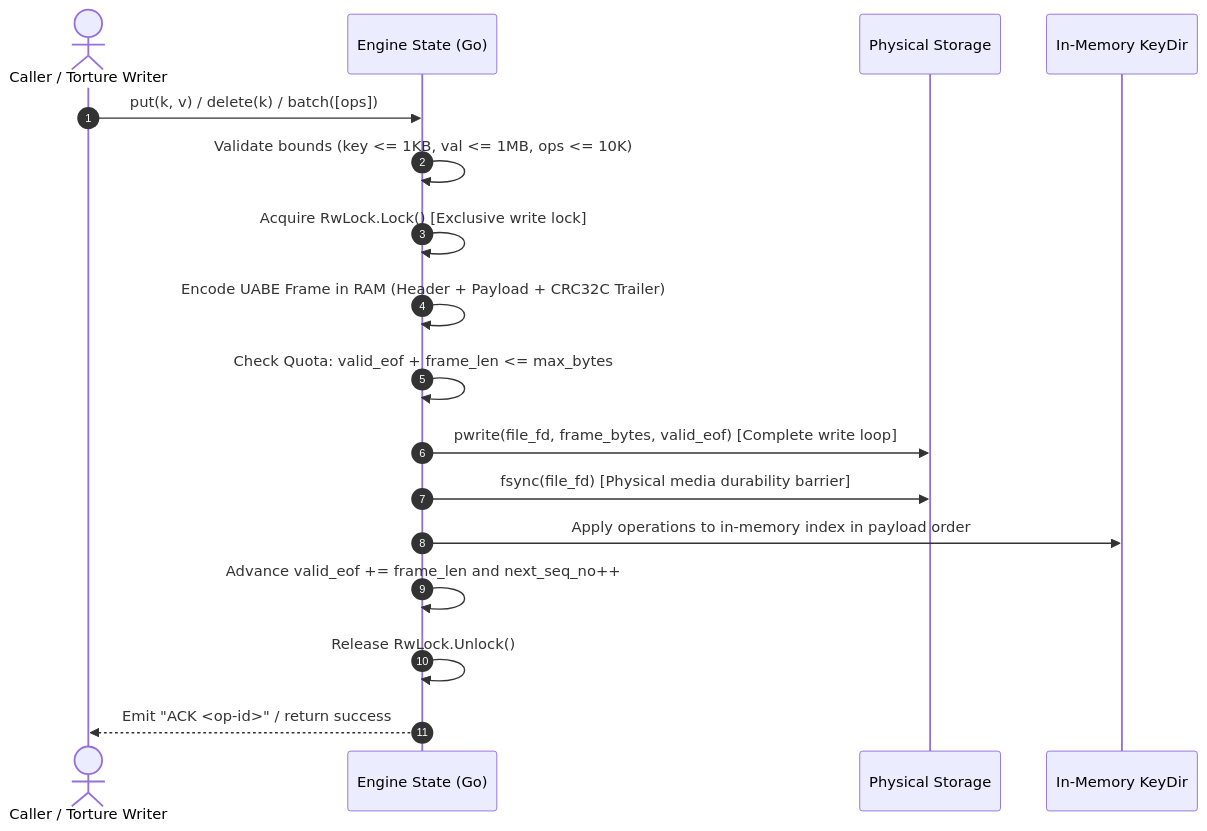
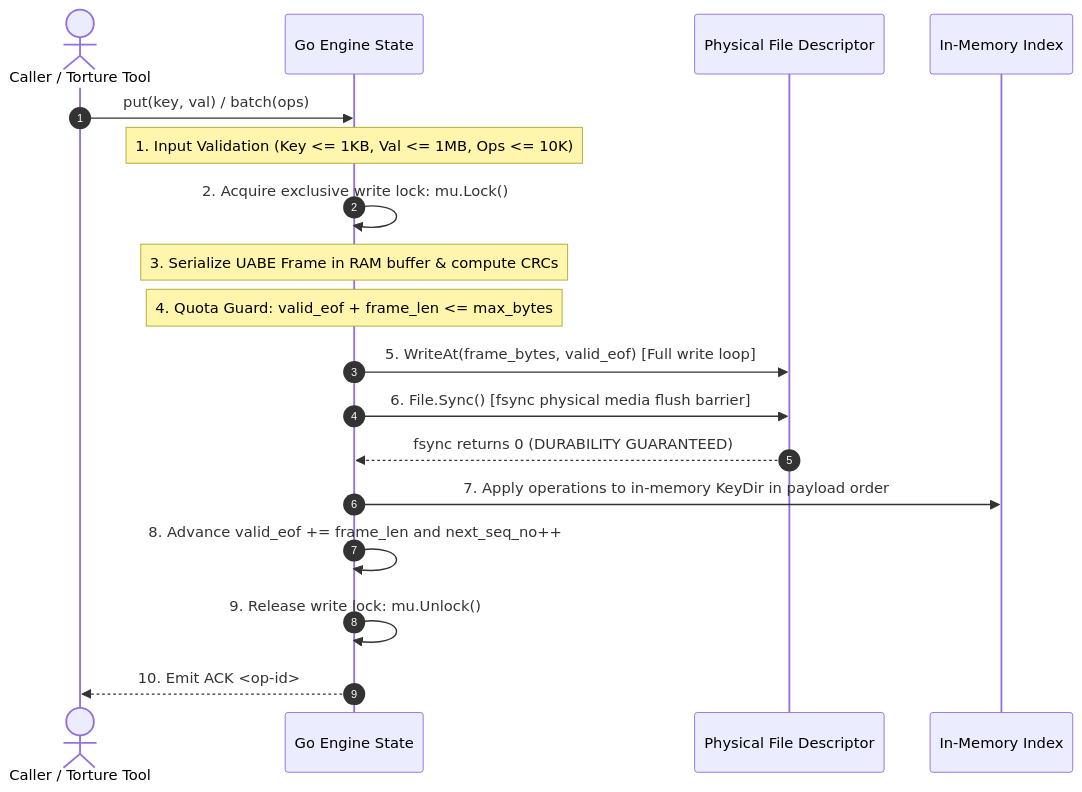
The third of 4 diagrams in ARCHITECTURE.md (LYK-02/HashCode), drawn with Mermaid before and after one commit. The commit also changed other lines of this file and 9 other files, not shown here.

Commit message:
docs(architecture): partition into HLA and LLA with simple inline diagrams

````diff
--- a/ARCHITECTURE.md
+++ b/ARCHITECTURE.md
@@ -103,20 +215,21 @@
 ```mermaid
 sequenceDiagram
     autonumber
-    actor Client as Caller / Torture Writer
-    participant Engine as Engine State (Go)
-    participant Disk as Physical Storage
-    participant KeyDir as In-Memory KeyDir
+    actor Client as Caller / Torture Tool
+    participant Engine as Go Engine State
+    participant Disk as Physical File Descriptor
+    participant KeyDir as In-Memory Index
 
-    Client->>Engine: put(k, v) / delete(k) / batch([ops])
-    Engine->>Engine: Validate bounds (key <= 1KB, val <= 1MB, ops <= 10K)
-    Engine->>Engine: Acquire RwLock.Lock() [Exclusive write lock]
-    Engine->>Engine: Encode UABE Frame in RAM (Header + Payload + CRC32C Trailer)
-    Engine->>Engine: Check Quota: valid_eof + frame_len <= max_bytes
-    Engine->>Disk: pwrite(file_fd, frame_bytes, valid_eof) [Complete write loop]
-    Engine->>Disk: fsync(file_fd) [Physical media durability barrier]
-    Engine->>KeyDir: Apply operations to in-memory index in payload order
-    Engine->>Engine: Advance valid_eof += frame_len and next_seq_no++
-    Engine->>Engine: Release RwLock.Unlock()
-    Engine-->>Client: Emit "ACK <op-id>" / return success
+    Client->>Engine: put(key, val) / batch(ops)
+    Note over Engine: 1. Input Validation (Key <= 1KB, Val <= 1MB, Ops <= 10K)
+    Engine->>Engine: 2. Acquire exclusive write lock: mu.Lock()
+    Note over Engine: 3. Serialize UABE Frame in RAM buffer & compute CRCs
+    Note over Engine: 4. Quota Guard: valid_eof + frame_len <= max_bytes
+    Engine->>Disk: 5. WriteAt(frame_bytes, valid_eof) [Full write loop]
+    Engine->>Disk: 6. File.Sync() [fsync physical media flush barrier]
+    Disk-->>Engine: fsync returns 0 (DURABILITY GUARANTEED)
+    Engine->>KeyDir: 7. Apply operations to in-memory KeyDir in payload order
+    Engine->>Engine: 8. Advance valid_eof += frame_len and next_seq_no++
+    Engine->>Engine: 9. Release write lock: mu.Unlock()
+    Engine-->>Client: 10. Emit ACK <op-id>
 ```
````
